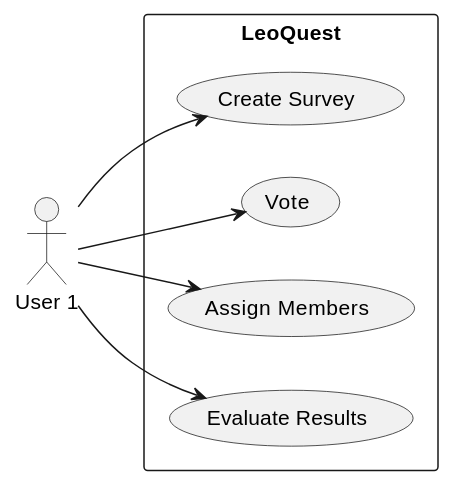
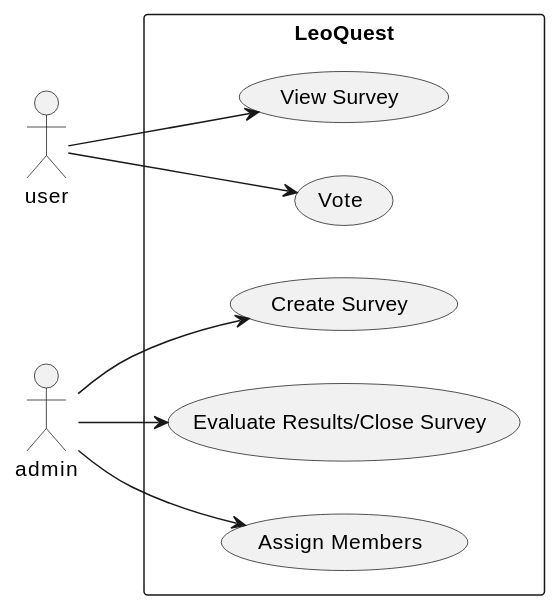
Before and after one commit to htl-leonding-project/2022-4ahif-leoquest: the diagram in gh-pages/usecases.adoc, drawn with PlantUML.

Commit message:
alter use-case

```diff
--- a/gh-pages/usecases.adoc
+++ b/gh-pages/usecases.adoc
@@ -2,20 +2,23 @@
 [plantuml,usecase,png]
 ----
 @startuml
 left to right direction
 
-actor "User 1" as u1
+actor "user" as u1
+actor "admin" as a1
 
 rectangle "LeoQuest" {
     usecase "Create Survey" as UC1
     usecase "Vote" as UC2
     usecase "Assign Members" as UC3
-    usecase "Evaluate Results" as UC4
+    usecase "Evaluate Results/Close Survey" as UC4
+    usecase "View Survey" as UC5
 }
-u1 --> UC1
+a1 --> UC1
 u1 --> UC2
-u1 --> UC3
-u1 --> UC4
+a1 --> UC3
+a1 --> UC4
+u1 --> UC5
 
 @enduml
 ----
```
